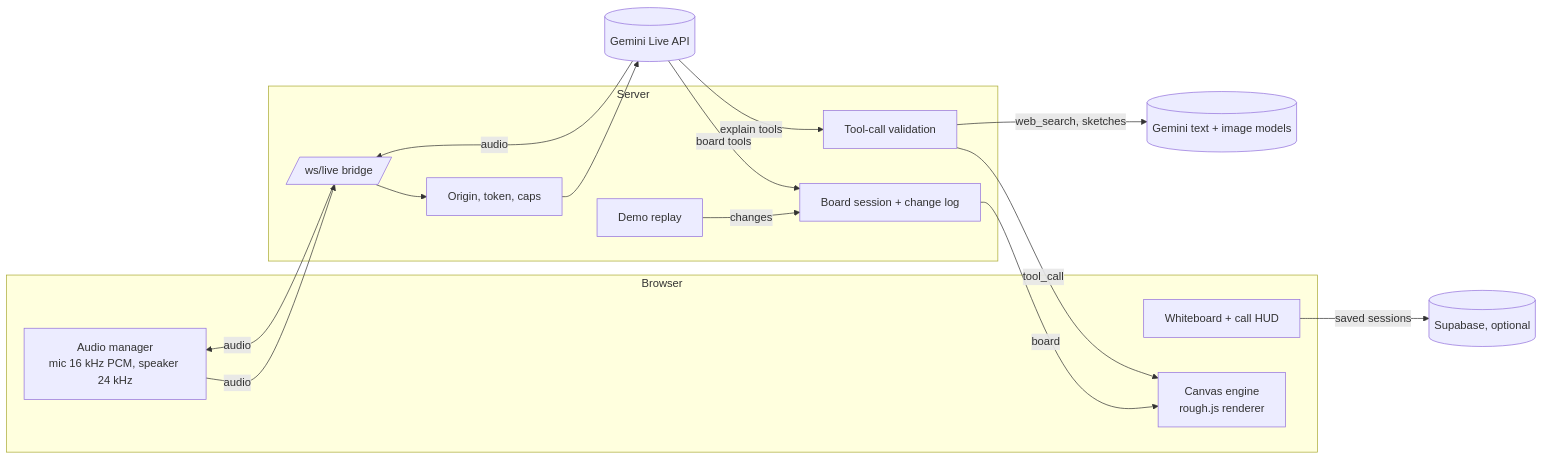
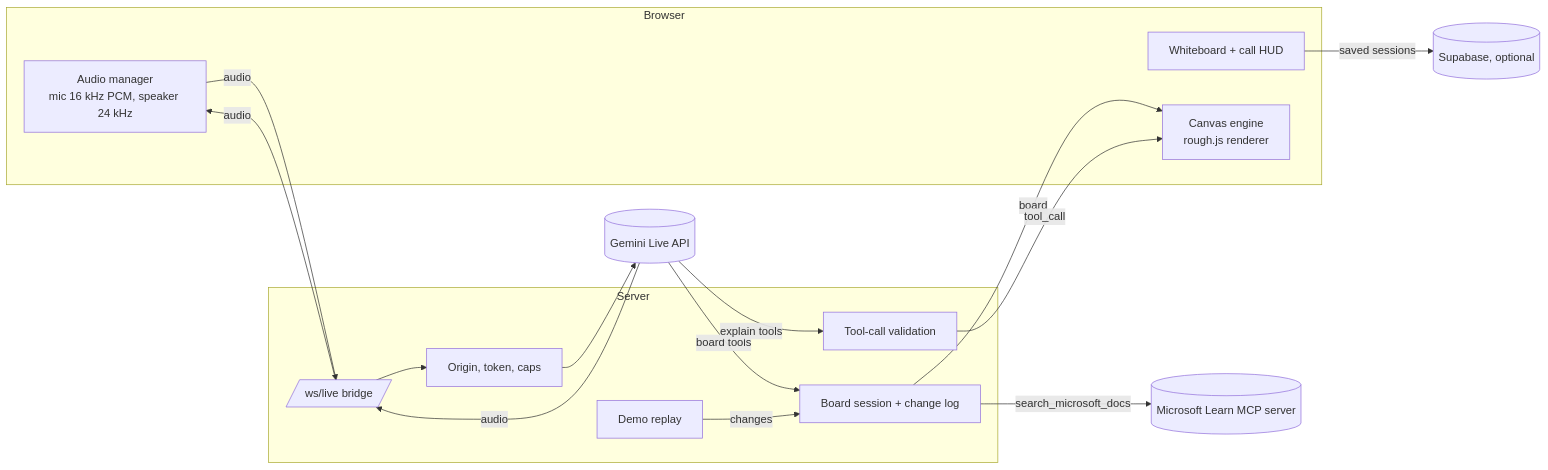
The diagram in docs/ARCHITECTURE.md (thuyghe12/teolima_public), drawn with Mermaid before and after one commit. The commit also changed other lines of this file and 14 other files, not shown here.

First line of the commit message:
feat(live): a disciplined coach with no web search or image generation

````diff
--- a/docs/ARCHITECTURE.md
+++ b/docs/ARCHITECTURE.md
@@ -5,27 +5,27 @@
 ```mermaid
 flowchart LR
   subgraph Browser
     MIC[Audio manager<br/>mic 16 kHz PCM, speaker 24 kHz]
     UI[Whiteboard + call HUD]
     ENG[Canvas engine<br/>rough.js renderer]
   end
   subgraph Server
     WS[/ws/live bridge/]
     SEC[Origin, token, caps]
     VAL[Tool-call validation]
     DEMO[Demo replay]
     BOARD[Board session + change log]
   end
   LIVE[(Gemini Live API)]
-  TXT[(Gemini text + image models)]
+  DOCS[(Microsoft Learn MCP server)]
   SB[(Supabase, optional)]
 
   MIC -- audio --> WS
   WS --> SEC --> LIVE
   LIVE -- board tools --> BOARD -- board --> ENG
   LIVE -- explain tools --> VAL -- tool_call --> ENG
   LIVE -- audio --> WS -- audio --> MIC
-  VAL -- web_search, sketches --> TXT
+  BOARD -- search_microsoft_docs --> DOCS
   DEMO -- changes --> BOARD
   UI -- saved sessions --> SB
 ```
````
